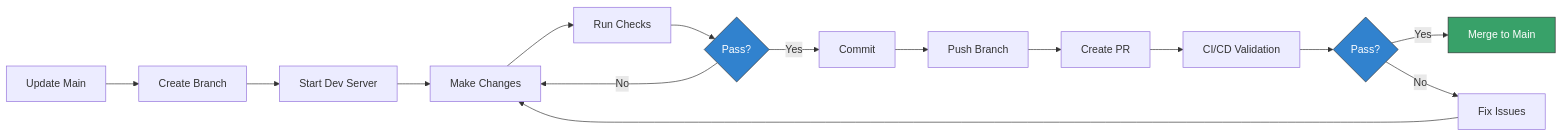
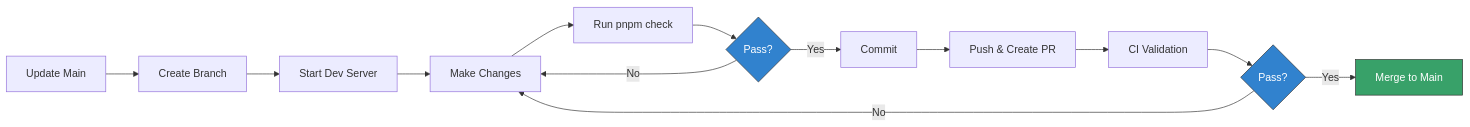
The diagram in CONTRIBUTING.md (team4procoaching/website), drawn with Mermaid before and after one commit. The commit also changed other lines of this file and 4 other files, not shown here.

````diff
--- a/CONTRIBUTING.md
+++ b/CONTRIBUTING.md
@@ -157,21 +71,19 @@
 ```mermaid
 graph LR
     A[Update Main] --> B[Create Branch]
     B --> C[Start Dev Server]
     C --> D[Make Changes]
-    D --> E[Run Checks]
+    D --> E[Run pnpm check]
     E --> F{Pass?}
     F -->|Yes| G[Commit]
     F -->|No| D
-    G --> H[Push Branch]
-    H --> I[Create PR]
-    I --> J[CI/CD Validation]
-    J --> K{Pass?}
-    K -->|Yes| L[Merge to Main]
-    K -->|No| M[Fix Issues]
-    M --> D
+    G --> H[Push & Create PR]
+    H --> I[CI Validation]
+    I --> J{Pass?}
+    J -->|Yes| K[Merge to Main]
+    J -->|No| D
 
     style F fill:#3182ce,stroke:#333,color:#fff
-    style K fill:#3182ce,stroke:#333,color:#fff
-    style L fill:#38a169,stroke:#333,color:#fff
+    style J fill:#3182ce,stroke:#333,color:#fff
+    style K fill:#38a169,stroke:#333,color:#fff
 ```
````
